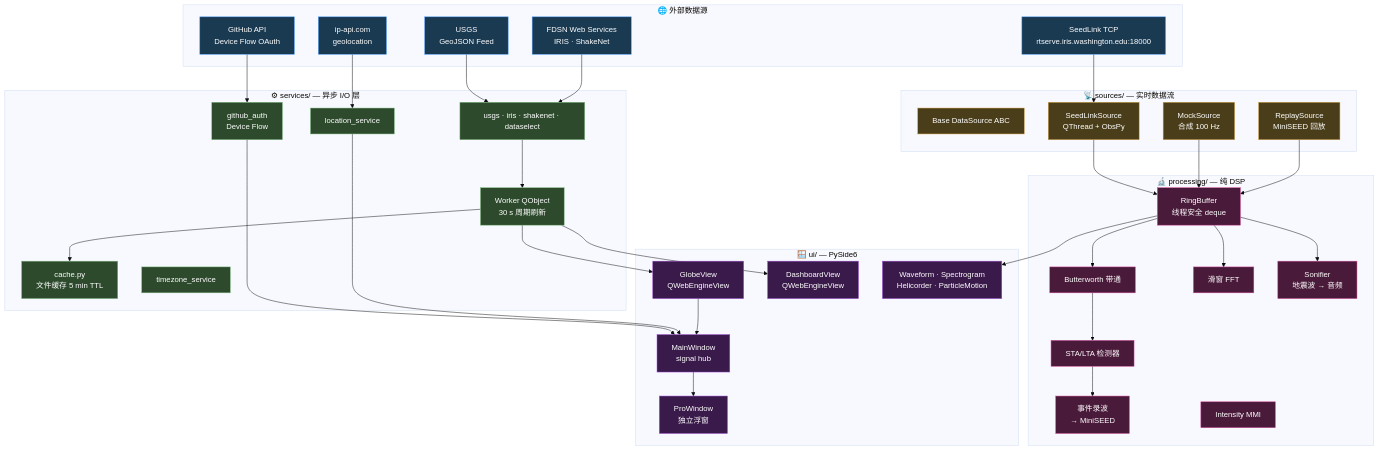
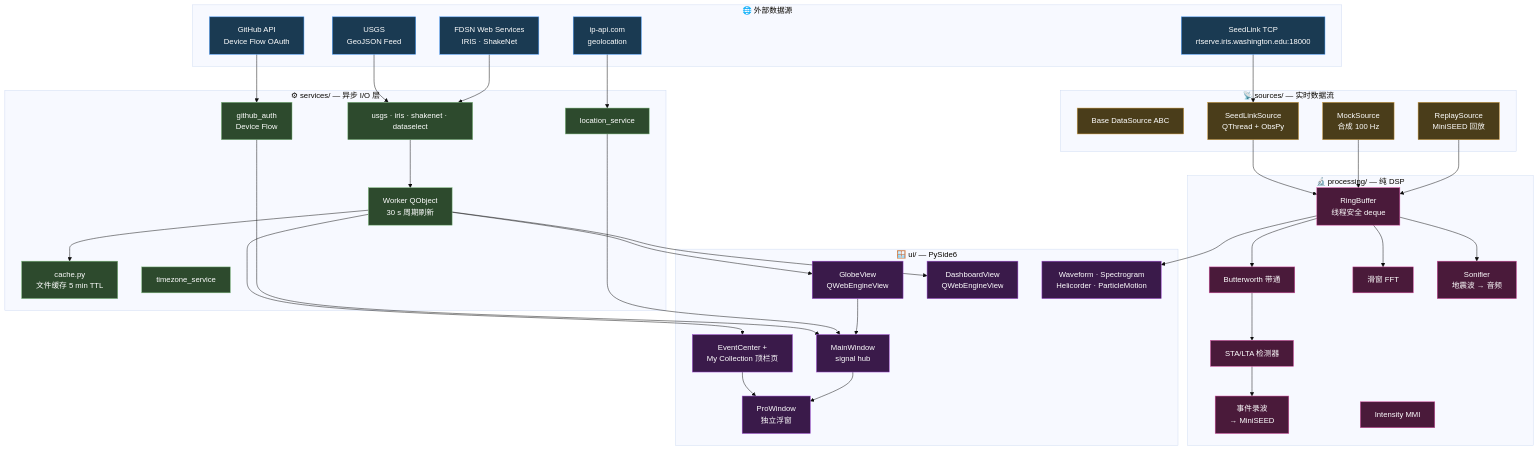
One commit to yiaogit/seismic-shakevision changed the first of 5 diagrams in README.md. Above: the diagram before and after it, drawn with Mermaid (base theme). The commit also changed other lines of this file and 3 other files, not shown here.

Commit message:
docs: 完善 README(0.8 流程/多显示器+FAQ/STA-LTA 状态图/计数修正)

````diff
--- a/README.md
+++ b/README.md
@@ -184,74 +212,77 @@
 ```mermaid
 graph TB
     subgraph external[" 🌐 外部数据源"]
         USGS[USGS<br/>GeoJSON Feed]
         FDSN[FDSN Web Services<br/>IRIS · ShakeNet]
         SL[SeedLink TCP<br/>rtserve.iris.washington.edu:18000]
         GH[GitHub API<br/>Device Flow OAuth]
         IP[ip-api.com<br/>geolocation]
     end
 
     subgraph services[" ⚙ services/ — 异步 I/O 层"]
         Worker[Worker QObject<br/>30 s 周期刷新]
         Clients[usgs · iris · shakenet · dataselect]
         Cache[cache.py<br/>文件缓存 5 min TTL]
         Auth[github_auth<br/>Device Flow]
         TZ[timezone_service]
         Loc[location_service]
     end
 
     subgraph sources[" 📡 sources/ — 实时数据流"]
         Base[Base DataSource ABC]
         Seedlink[SeedLinkSource<br/>QThread + ObsPy]
         Replay[ReplaySource<br/>MiniSEED 回放]
         Mock[MockSource<br/>合成 100 Hz]
     end
 
     subgraph proc[" 🔬 processing/ — 纯 DSP"]
         Buffer[RingBuffer<br/>线程安全 deque]
         Filter[Butterworth 带通]
         Detect[STA/LTA 检测器]
         Spec[滑窗 FFT]
         Rec[事件录波<br/>→ MiniSEED]
         Son[Sonifier<br/>地震波 → 音频]
         Int[Intensity MMI]
     end
 
     subgraph ui[" 🪟 ui/ — PySide6"]
         Main[MainWindow<br/>signal hub]
         Globe[GlobeView<br/>QWebEngineView]
         Dash[DashboardView<br/>QWebEngineView]
         Pro[ProWindow<br/>独立浮窗]
+        Events[EventCenter +<br/>My Collection 顶栏页]
         Widgets[Waveform · Spectrogram<br/>Helicorder · ParticleMotion]
     end
 
     USGS --> Clients --> Worker
     FDSN --> Clients
     Worker --> Cache
     Worker --> Globe
     Worker --> Dash
+    Worker --> Events
+    Events --> Pro
 
     SL --> Seedlink --> Buffer
     Mock --> Buffer
     Replay --> Buffer
 
     Buffer --> Filter --> Detect --> Rec
     Buffer --> Spec
     Buffer --> Son
     Buffer --> Widgets
 
     GH --> Auth --> Main
     IP --> Loc --> Main
     Globe --> Main --> Pro
 
     classDef ext fill:#1a3a52,stroke:#4a9eff,color:#fff
     classDef svc fill:#2d4a2d,stroke:#7fbb7f,color:#fff
     classDef src fill:#4a3d1a,stroke:#d4a043,color:#fff
     classDef ds fill:#4a1a3a,stroke:#d44a9e,color:#fff
     classDef uic fill:#3a1a4a,stroke:#9e4ad4,color:#fff
     class USGS,FDSN,SL,GH,IP ext
     class Worker,Clients,Cache,Auth,TZ,Loc svc
     class Base,Seedlink,Replay,Mock src
     class Buffer,Filter,Detect,Spec,Rec,Son,Int ds
-    class Main,Globe,Dash,Pro,Widgets uic
+    class Main,Globe,Dash,Pro,Events,Widgets uic
 ```
````
